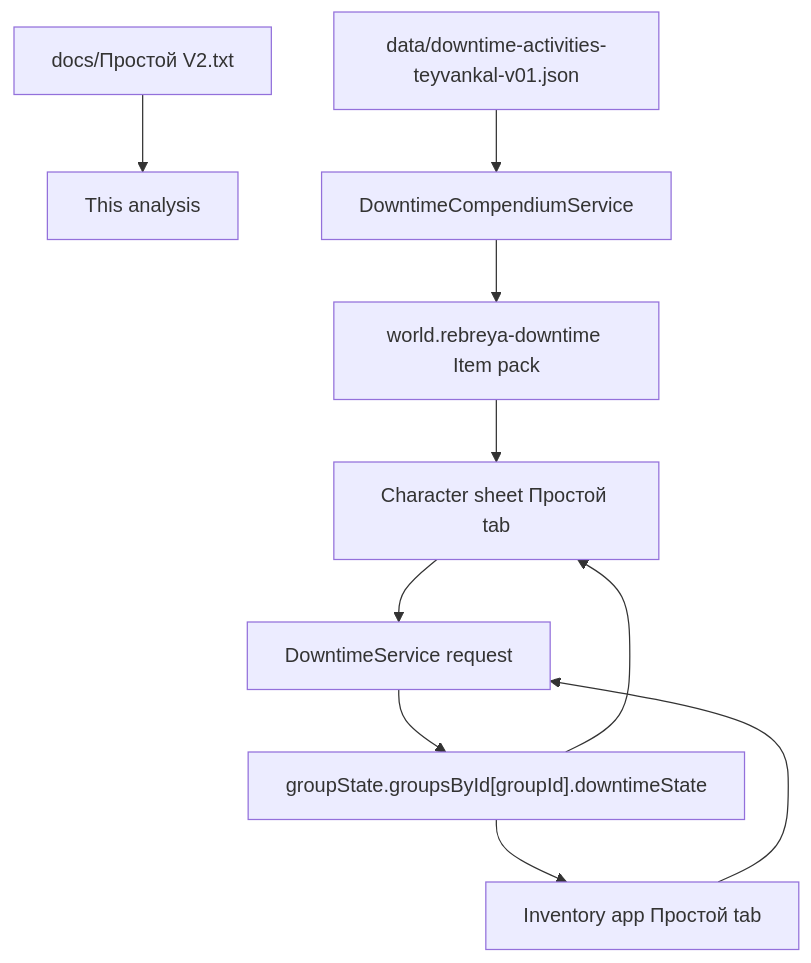
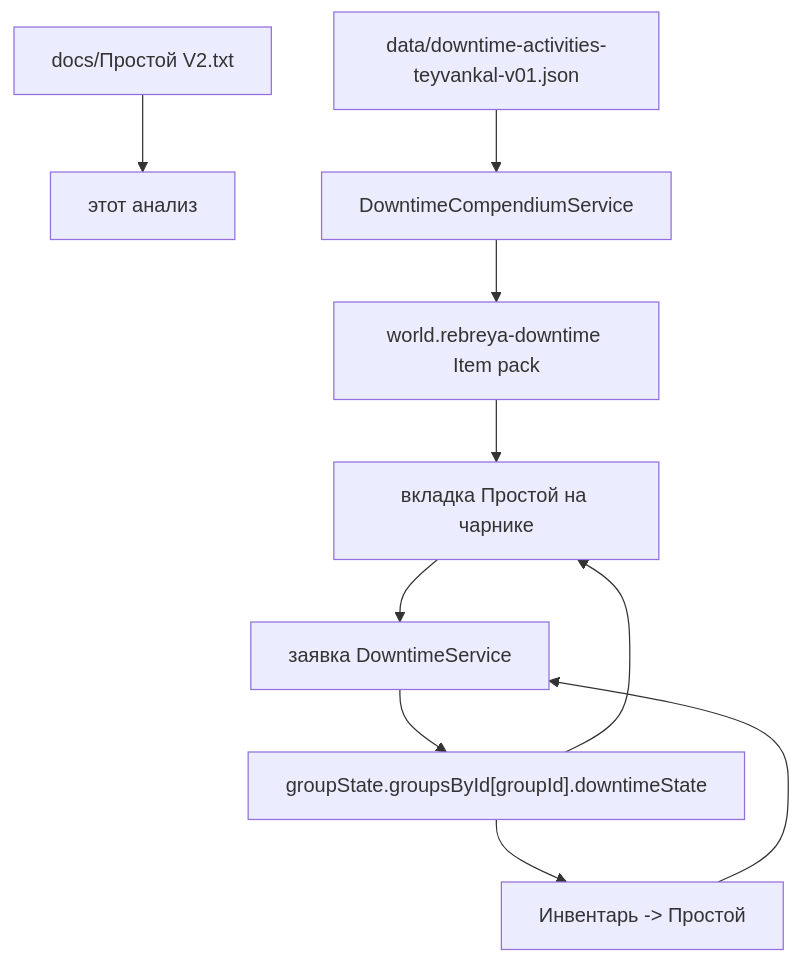
One commit to ill-lich-clone/rebreya-main changed the diagram in docs/downtime-v2-analysis-notes.md. Above: the diagram before and after it, drawn with Mermaid. The commit also changed other lines of this file, not shown here.

Commit message:
docs: translate downtime analysis to russian

````diff
--- a/docs/downtime-v2-analysis-notes.md
+++ b/docs/downtime-v2-analysis-notes.md
@@ -114,12 +114,12 @@
 ```mermaid
 flowchart TD
-  V2["docs/Простой V2.txt"] --> Audit["This analysis"]
+  V2["docs/Простой V2.txt"] --> Audit["этот анализ"]
   Json["data/downtime-activities-teyvankal-v01.json"] --> Compendium["DowntimeCompendiumService"]
   Compendium --> Pack["world.rebreya-downtime Item pack"]
-  Pack --> PlayerSheet["Character sheet Простой tab"]
-  PlayerSheet --> Request["DowntimeService request"]
-  GM["Inventory app Простой tab"] --> Request
+  Pack --> PlayerSheet["вкладка Простой на чарнике"]
+  PlayerSheet --> Request["заявка DowntimeService"]
+  GM["Инвентарь -> Простой"] --> Request
   Request --> State["groupState.groupsById[groupId].downtimeState"]
   State --> PlayerSheet
   State --> GM
 ```
````
